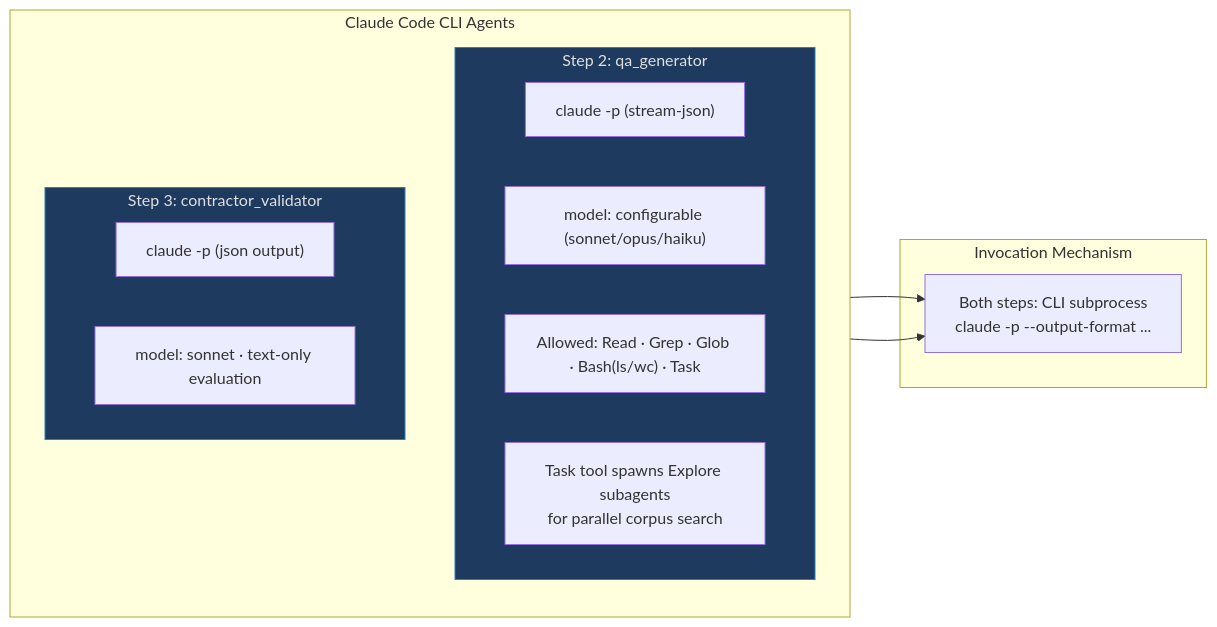
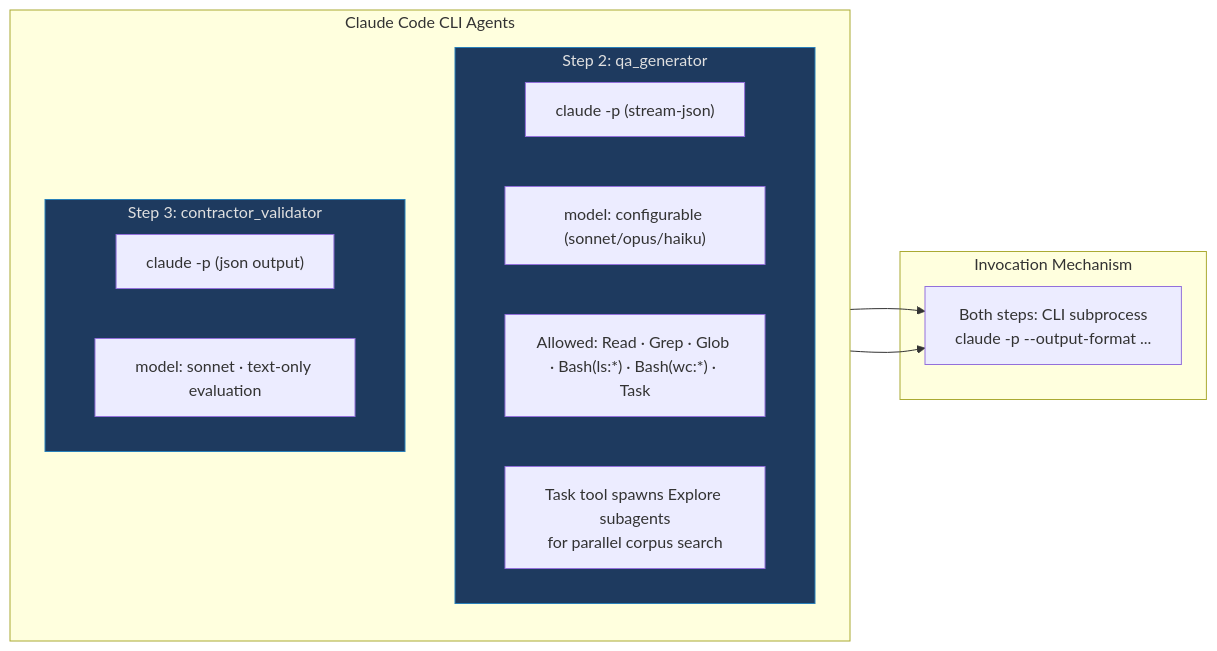
One commit to magic-data-ops/chunker changed the second of 9 diagrams in architecture.md. Above: the diagram before and after it, drawn with Mermaid. The commit also changed other lines of this file, not shown here.

````diff
--- a/architecture.md
+++ b/architecture.md
@@ -127,28 +130,28 @@
 ```mermaid
 flowchart LR
     subgraph AGENTS["Claude Code CLI Agents"]
         direction TB
 
         subgraph GEN["Step 2: qa_generator"]
             GEN_M["claude -p (stream-json)"]
             GEN_T["model: configurable (sonnet/opus/haiku)"]
-            GEN_P["Allowed: Read · Grep · Glob · Bash(ls/wc) · Task"]
+            GEN_P["Allowed: Read · Grep · Glob · Bash(ls:*) · Bash(wc:*) · Task"]
             GEN_S["Task tool spawns Explore subagents<br/>for parallel corpus search"]
         end
 
         subgraph CONT["Step 3: contractor_validator"]
             CONT_M["claude -p (json output)"]
             CONT_T["model: sonnet · text-only evaluation"]
         end
     end
 
     subgraph INVOCATION["Invocation Mechanism"]
         I_SUB["Both steps: CLI subprocess<br/>claude -p --output-format ..."]
     end
 
     GEN --> I_SUB
     CONT --> I_SUB
 
     style GEN fill:#1e3a5f,stroke:#2980b9,color:#e0e0e0
     style CONT fill:#1e3a5f,stroke:#2980b9,color:#e0e0e0
 ```
````
